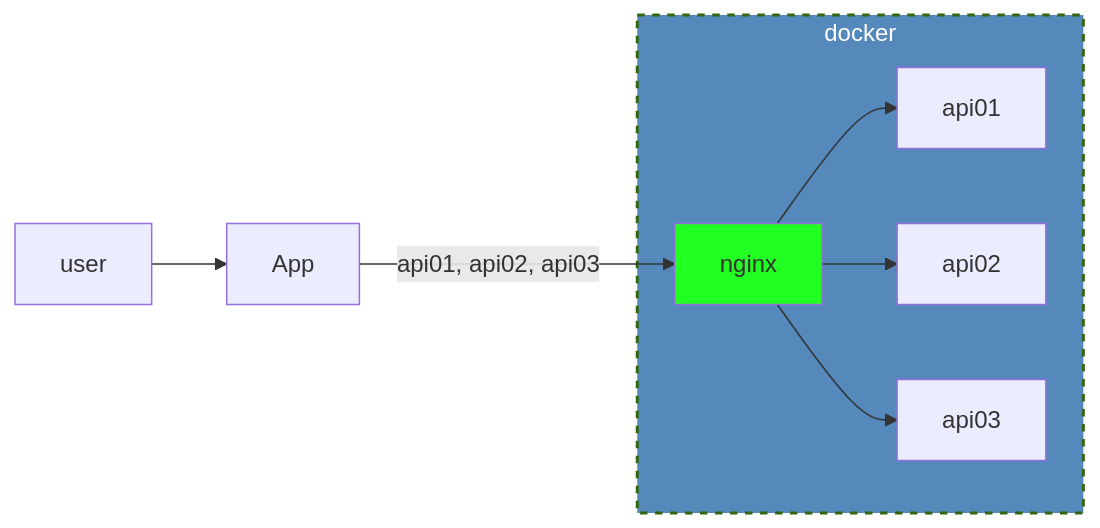
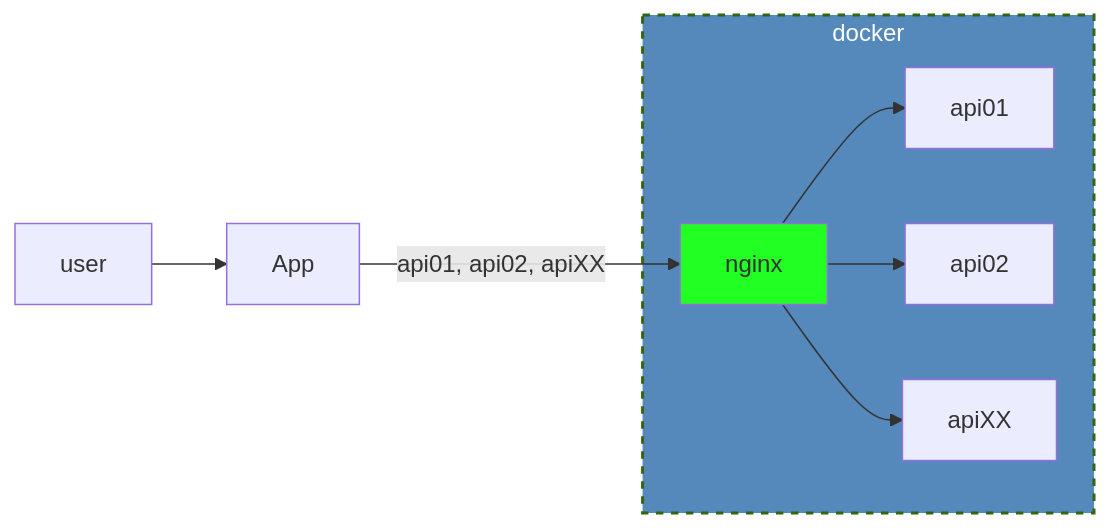
One commit to YuriyGrinev/gku-proxy changed the diagram in TODO.md. Above: the diagram before and after it, drawn with Mermaid. The commit also changed other lines of this file, not shown here.

````diff
--- a/TODO.md
+++ b/TODO.md
@@ -217,10 +21,10 @@
 ```mermaid
 graph LR;
-    user-->App-- api01, api02, api03 -->nginx:::ng
+    user-->App-- api01, api02, apiXX -->nginx:::ng
     subgraph do1 [docker]
-    nginx-->api01 & api02 & api03
+    nginx-->api01 & api02 & apiXX
     end
     style do1 fill:#58b,stroke:#361,stroke-width:2px,color:#fff,stroke-dasharray: 5 5
     classDef ng fill:#2f2
 
 ```
````
